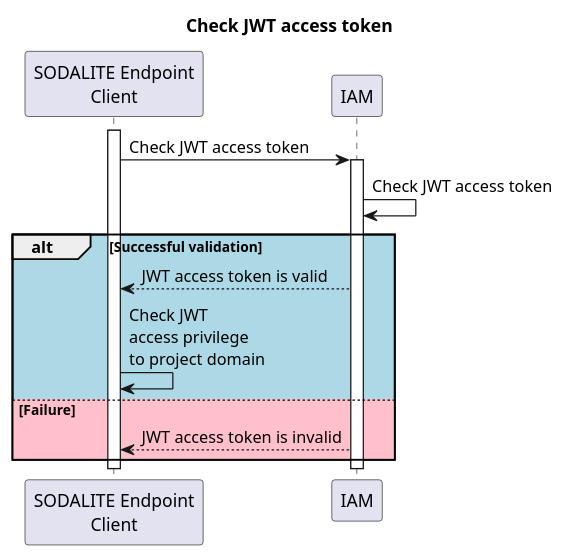
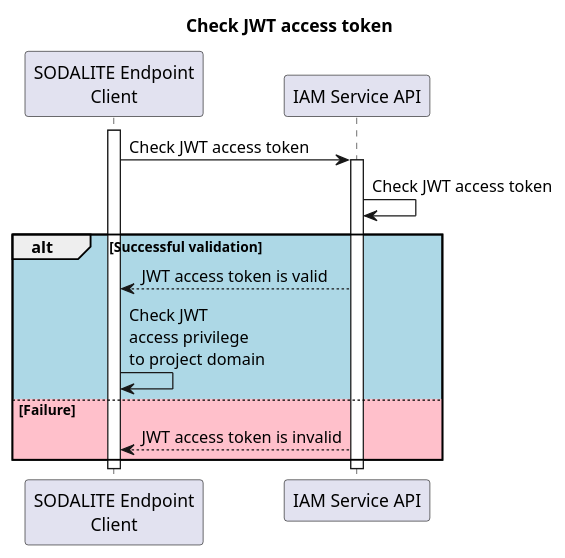
The diagram in uml/sequence-diagrams/security/Check_JWT.puml (SODALITE-EU/project-wide-documentation), drawn with PlantUML before and after one commit. The commit also changed 3 other files, not shown here.

```diff
--- a/uml/sequence-diagrams/security/Check_JWT.puml
+++ b/uml/sequence-diagrams/security/Check_JWT.puml
@@ -1,21 +1,21 @@
 @startuml
 hide unlinked
 title Check JWT access token
 participant "SODALITE Endpoint\nClient" as client
 participant "Secrets\nVault" as secretstore
-participant "IAM" as IAM
+participant "IAM Service API" as IAM
 
 activate client
 client->IAM: Check JWT access token
 activate IAM
 IAM->IAM: Check JWT access token
 alt #LightBlue Successful validation
     IAM-->client: JWT access token is valid
     client->client: Check JWT\naccess privilege\nto project domain
 else #Pink Failure
     IAM-->client: JWT access token is invalid
 end
 deactivate IAM
 deactivate client
 
 @enduml
```
